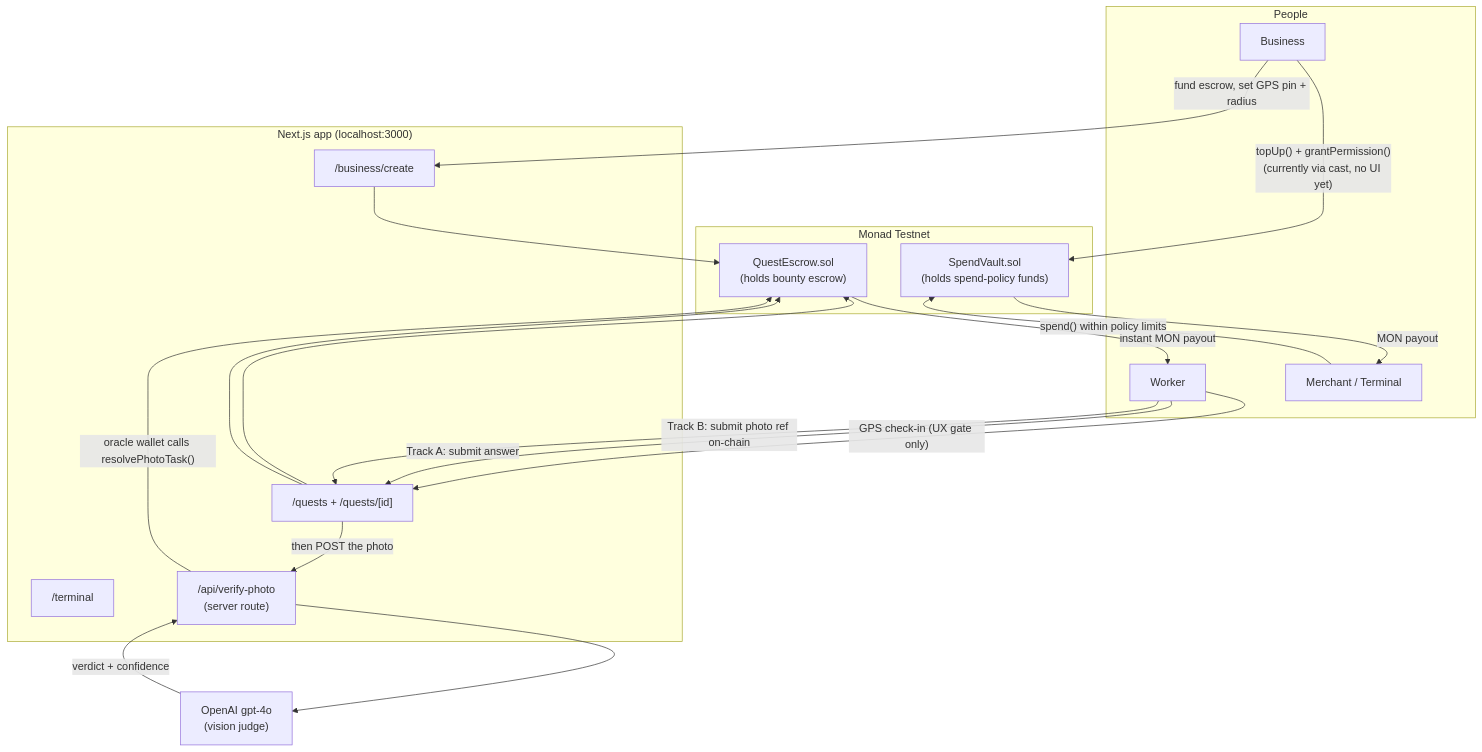
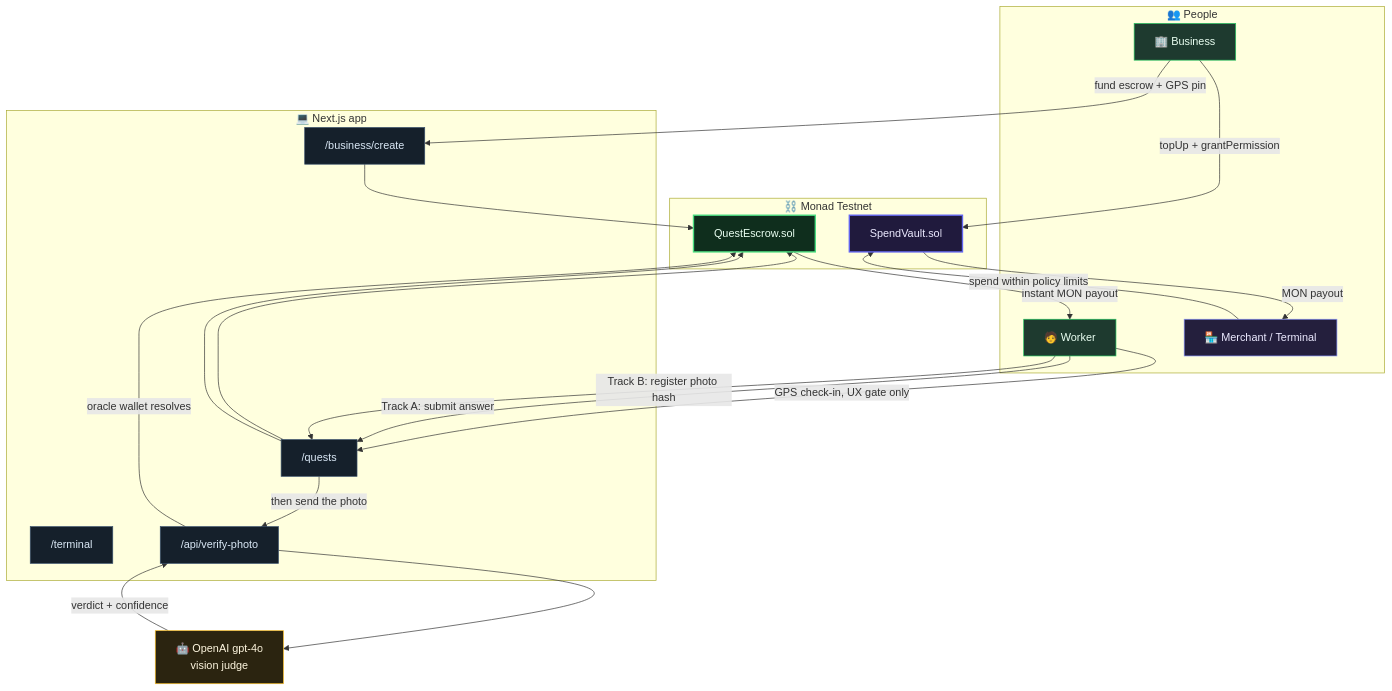
Before and after one commit to HORRIDBEAST/BountyDrop: the first of 2 diagrams in README.md, drawn with Mermaid. The commit also changed other lines of this file, not shown here.

````diff
--- a/README.md
+++ b/README.md
@@ -23,35 +95,46 @@
 ```mermaid
 flowchart TB
-    subgraph People
-        B["Business"]
-        W["Worker"]
-        M["Merchant / Terminal"]
+    subgraph People["👥 People"]
+        B["🏢 Business"]
+        W["🧑 Worker"]
+        M["🏪 Merchant / Terminal"]
     end
 
-    subgraph Frontend ["Next.js app (localhost:3000)"]
+    subgraph Frontend["💻 Next.js app"]
         BC["/business/create"]
-        Q["/quests + /quests/[id]"]
+        Q["/quests"]
         T["/terminal"]
-        API["/api/verify-photo\n(server route)"]
+        API["/api/verify-photo"]
     end
 
-    subgraph Chain ["Monad Testnet"]
-        QE["QuestEscrow.sol\n(holds bounty escrow)"]
-        SV["SpendVault.sol\n(holds spend-policy funds)"]
+    subgraph Chain["⛓️ Monad Testnet"]
+        QE["QuestEscrow.sol"]
+        SV["SpendVault.sol"]
     end
 
-    AI["OpenAI gpt-4o\n(vision judge)"]
+    AI["🤖 OpenAI gpt-4o<br/>vision judge"]
 
-    B -- "fund escrow, set GPS pin + radius" --> BC --> QE
-    W -- "GPS check-in (UX gate only)" --> Q
-    W -- "Track A: submit answer" --> Q --> QE
-    W -- "Track B: submit photo ref on-chain" --> Q --> QE
-    Q -- "then POST the photo" --> API --> AI
-    AI -- "verdict + confidence" --> API
-    API -- "oracle wallet calls resolvePhotoTask()" --> QE
-    QE -- "instant MON payout" --> W
+    B -->|fund escrow + GPS pin| BC --> QE
+    W -->|GPS check-in, UX gate only| Q
+    W -->|Track A: submit answer| Q --> QE
+    W -->|Track B: register photo hash| Q --> QE
+    Q -->|then send the photo| API --> AI
+    AI -->|verdict + confidence| API
+    API -->|oracle wallet resolves| QE
+    QE -->|instant MON payout| W
 
-    B -- "topUp() + grantPermission()\n(currently via cast, no UI yet)" --> SV
-    M -- "spend() within policy limits" --> SV
-    SV -- "MON payout" --> M
+    B -->|topUp + grantPermission| SV
+    M -->|spend within policy limits| SV
+    SV -->|MON payout| M
+
+    style B fill:#1e3a2f,stroke:#22c55e,color:#eafff2
+    style W fill:#1e3a2f,stroke:#22c55e,color:#eafff2
+    style M fill:#241f3d,stroke:#818cf8,color:#eceaff
+    style QE fill:#0f2e1d,stroke:#4ade80,color:#eafff2,stroke-width:2px
+    style SV fill:#201a3d,stroke:#6366f1,color:#eceaff,stroke-width:2px
+    style AI fill:#2b2410,stroke:#fbbf24,color:#fff7e0
+    style BC fill:#15202b,stroke:#38506b,color:#dbe9f7
+    style Q fill:#15202b,stroke:#38506b,color:#dbe9f7
+    style T fill:#15202b,stroke:#38506b,color:#dbe9f7
+    style API fill:#15202b,stroke:#38506b,color:#dbe9f7
 ```
````
